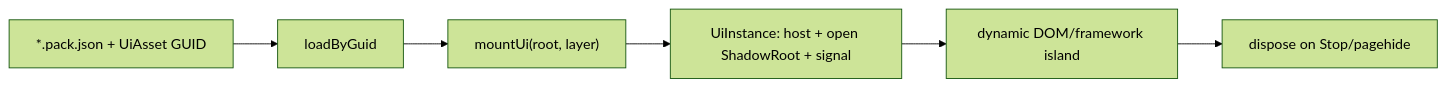
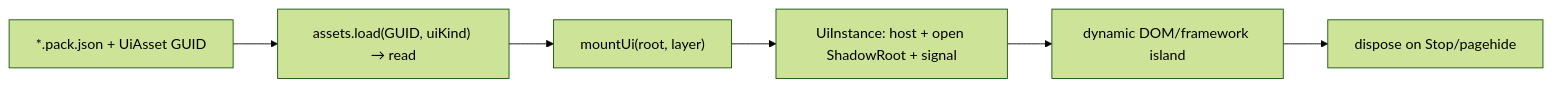
Before and after one commit to ForgeAX/forgeax-engine: the second of 3 diagrams in packages/ui/README.md, drawn with Mermaid (forest theme). The commit also changed other lines of this file and 4113 other files, not shown here.

````diff
--- a/packages/ui/README.md
+++ b/packages/ui/README.md
@@ -98,8 +106,8 @@
 ```mermaid
 flowchart LR
-  source["*.pack.json + UiAsset GUID"] --> load["loadByGuid<UiAsset>"]
+  source["*.pack.json + UiAsset GUID"] --> load["assets.load(GUID, uiKind) → read"]
   load --> mount["mountUi(root, layer)"]
   mount --> instance["UiInstance: host + open ShadowRoot + signal"]
   instance --> behavior["dynamic DOM/framework island"]
   behavior --> dispose["dispose on Stop/pagehide"]
 ```
````
